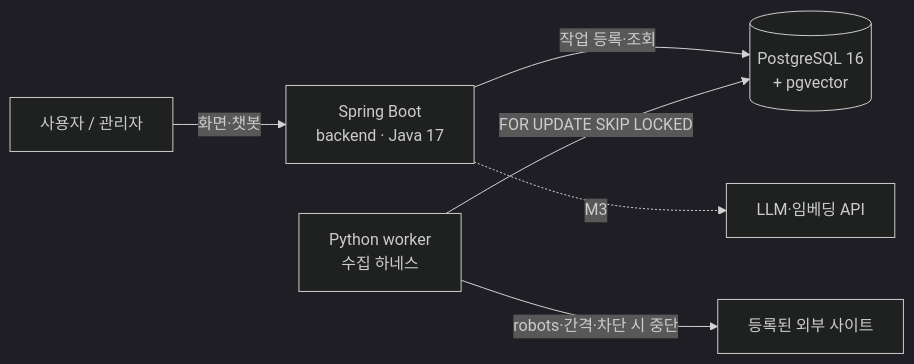
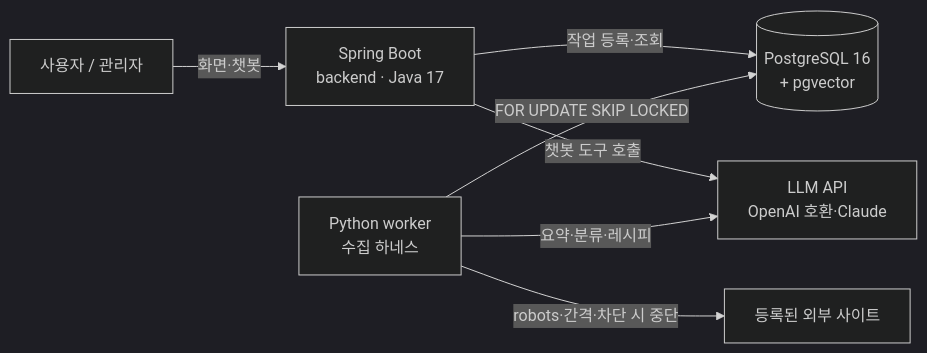
One commit to lala9663/sensing-hub changed the first of 2 diagrams in README.md. Above: the diagram before and after it, drawn with Mermaid (dark theme). The commit also changed other lines of this file and 29 other files, not shown here.

````diff
--- a/README.md
+++ b/README.md
@@ -11,8 +11,9 @@
 ```mermaid
 flowchart LR
     U[사용자 / 관리자] -->|화면·챗봇| B[Spring Boot<br/>backend · Java 17]
     B -->|작업 등록·조회| DB[(PostgreSQL 16<br/>+ pgvector)]
     W[Python worker<br/>수집 하네스] -->|FOR UPDATE SKIP LOCKED| DB
     W -->|robots·간격·차단 시 중단| S[등록된 외부 사이트]
-    B -.->|M3| L[LLM·임베딩 API]
+    B -->|챗봇 도구 호출| L[LLM API<br/>OpenAI 호환·Claude]
+    W -->|요약·분류·레시피| L
 ```
````
